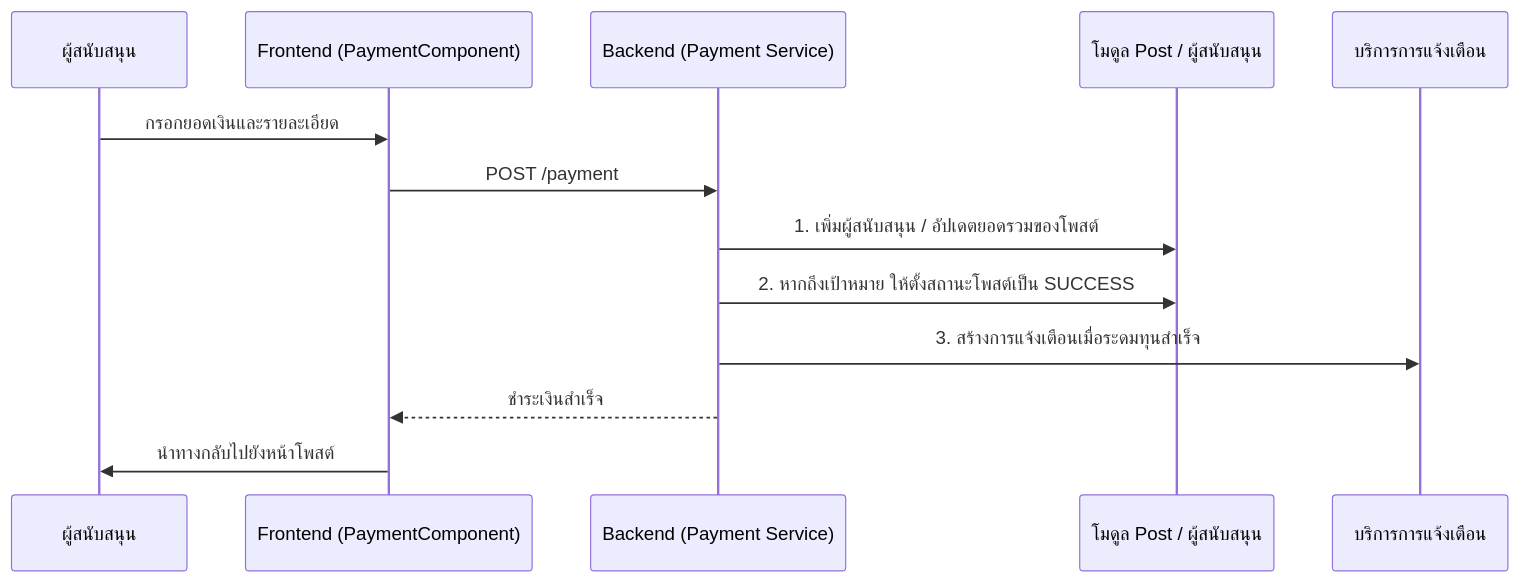
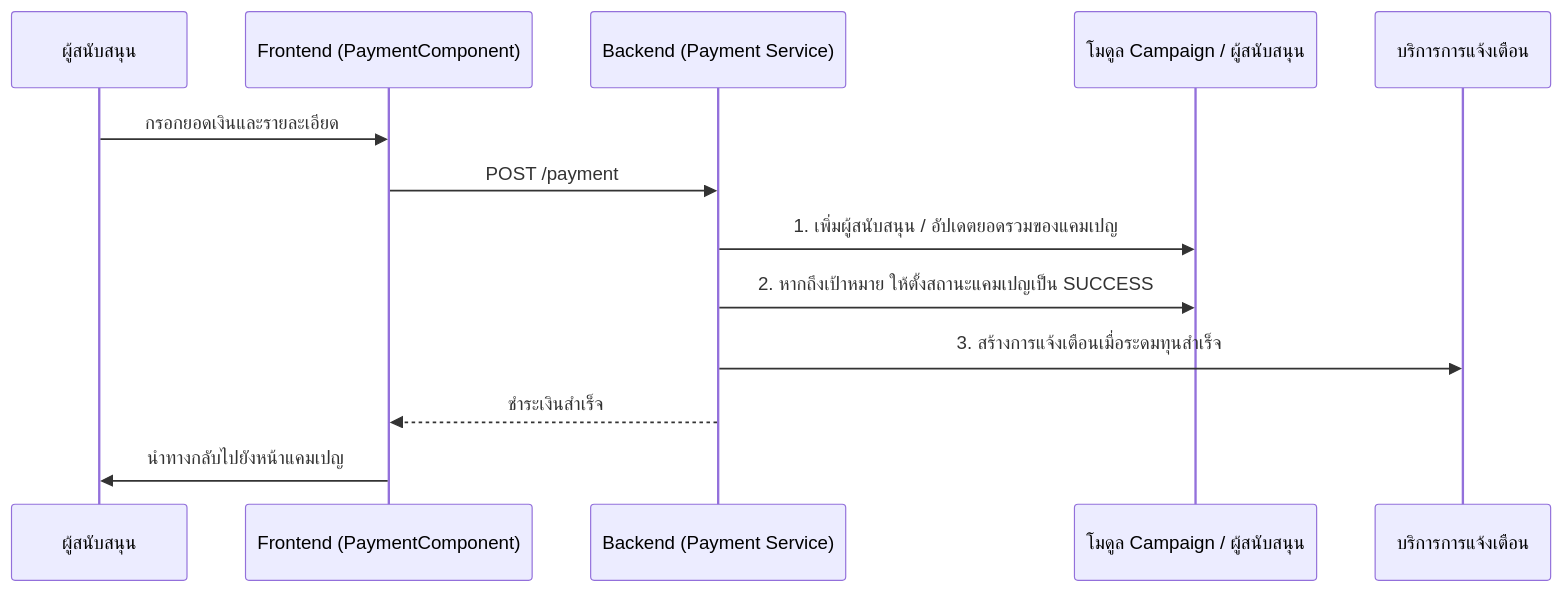
Before and after one commit to o-kard/okard-backend: the diagram in docs/developer_manual/th/payment_module_manual.md, drawn with Mermaid. The commit also changed other lines of this file and 15 other files, not shown here.

````diff
--- a/docs/developer_manual/th/payment_module_manual.md
+++ b/docs/developer_manual/th/payment_module_manual.md
@@ -30,16 +30,16 @@
 ```mermaid
 sequenceDiagram
     participant User as ผู้สนับสนุน
     participant PCI as Frontend (PaymentComponent)
     participant API as Backend (Payment Service)
-    participant Post as โมดูล Post / ผู้สนับสนุน
+    participant Camp as โมดูล Campaign / ผู้สนับสนุน
     participant Notif as บริการการแจ้งเตือน
 
     User->>PCI: กรอกยอดเงินและรายละเอียด
     PCI->>API: POST /payment
-    API->>Post: 1. เพิ่มผู้สนับสนุน / อัปเดตยอดรวมของโพสต์
-    API->>Post: 2. หากถึงเป้าหมาย ให้ตั้งสถานะโพสต์เป็น SUCCESS
+    API->>Camp: 1. เพิ่มผู้สนับสนุน / อัปเดตยอดรวมของแคมเปญ
+    API->>Camp: 2. หากถึงเป้าหมาย ให้ตั้งสถานะแคมเปญเป็น SUCCESS
     API->>Notif: 3. สร้างการแจ้งเตือนเมื่อระดมทุนสำเร็จ
     API-->>PCI: ชำระเงินสำเร็จ
-    PCI->>User: นำทางกลับไปยังหน้าโพสต์
+    PCI->>User: นำทางกลับไปยังหน้าแคมเปญ
 ```
````
